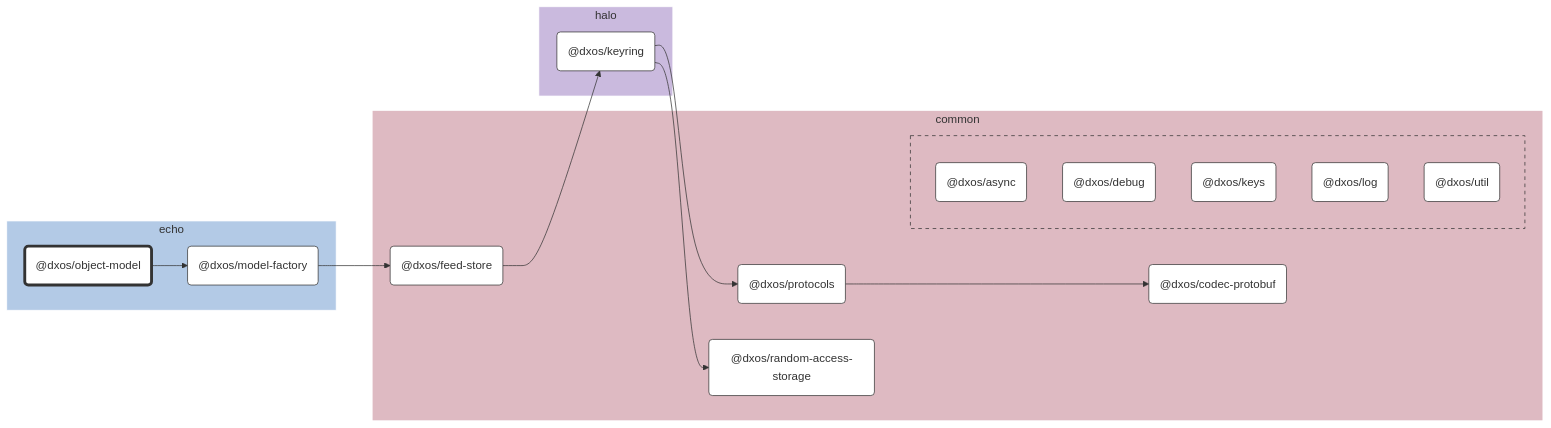
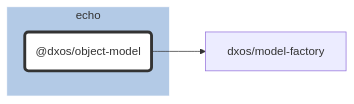
The diagram in packages/echo/object-model/docs/README.md (dxos/dxos), drawn with Mermaid before and after one commit. The commit also changed 87 other files, not shown here.

````diff
--- a/packages/echo/object-model/docs/README.md
+++ b/packages/echo/object-model/docs/README.md
@@ -7,79 +7,21 @@
 ```mermaid
 %%{ init: {'flowchart':{'curve':'basis'}} }%%
 
 flowchart LR
 
-%% Links
-dxos/feed-store --> dxos/keyring;
-dxos/keyring --> dxos/protocols;
-dxos/keyring --> dxos/random-access-storage;
-dxos/model-factory --> dxos/feed-store;
-dxos/object-model --> dxos/model-factory;
-dxos/protocols --> dxos/codec-protobuf;
+%% Classes
+classDef def fill:#fff,stroke:#333,stroke-width:1px
+classDef root fill:#fff,stroke:#333,stroke-width:4px
 
-%% Sections
-subgraph echo
-  style echo fill:#b3cae6,stroke:#fff;
+%% Nodes
 
-  dxos/model-factory("@dxos/model-factory")
-  dxos/object-model("@dxos/object-model")
+subgraph echo [echo]
+  style echo fill:#b3cae6,stroke:#fff
+  dxos/object-model("@dxos/object-model"):::root
+  click dxos/object-model "dxos/dxos/tree/main/packages/echo/object-model/docs"
 end
 
-subgraph common
-  style common fill:#debac2,stroke:#fff;
-
-  dxos/codec-protobuf("@dxos/codec-protobuf")
-  dxos/feed-store("@dxos/feed-store")
-  dxos/protocols("@dxos/protocols")
-  dxos/random-access-storage("@dxos/random-access-storage")
-
-  subgraph common-excluded [ ]
-    style common-excluded fill:#debac2,stroke:#333,stroke-dasharray:5 5;
-
-    dxos/async("@dxos/async")
-    dxos/debug("@dxos/debug")
-    dxos/keys("@dxos/keys")
-    dxos/log("@dxos/log")
-    dxos/util("@dxos/util")
-  end
-end
-
-subgraph halo
-  style halo fill:#cabade,stroke:#fff;
-
-  dxos/keyring("@dxos/keyring")
-end
-
-
-%% Hyperlinks
-click dxos/async "dxos/dxos/tree/main/packages/common/async/docs";
-click dxos/codec-protobuf "dxos/dxos/tree/main/packages/common/codec-protobuf/docs";
-click dxos/debug "dxos/dxos/tree/main/packages/common/debug/docs";
-click dxos/feed-store "dxos/dxos/tree/main/packages/common/feed-store/docs";
-click dxos/keyring "dxos/dxos/tree/main/packages/halo/keyring/docs";
-click dxos/keys "dxos/dxos/tree/main/packages/common/keys/docs";
-click dxos/log "dxos/dxos/tree/main/packages/common/log/docs";
-click dxos/model-factory "dxos/dxos/tree/main/packages/echo/model-factory/docs";
-click dxos/protocols "dxos/dxos/tree/main/packages/common/protocols/docs";
-click dxos/random-access-storage "dxos/dxos/tree/main/packages/common/random-access-storage/docs";
-click dxos/util "dxos/dxos/tree/main/packages/common/util/docs";
-
-%% Styles
-classDef rootNode fill:#fff,stroke:#333,stroke-width:4px
-classDef defaultNode fill:#fff,stroke:#333,stroke-width:1px
+%% Links
 linkStyle default stroke:#333,stroke-width:1px
-
-dxos/object-model:::rootNode
-
-dxos/async:::defaultNode
-dxos/codec-protobuf:::defaultNode
-dxos/debug:::defaultNode
-dxos/feed-store:::defaultNode
-dxos/keyring:::defaultNode
-dxos/keys:::defaultNode
-dxos/log:::defaultNode
-dxos/model-factory:::defaultNode
-dxos/protocols:::defaultNode
-dxos/random-access-storage:::defaultNode
-dxos/util:::defaultNode
+dxos/object-model --> dxos/model-factory
 ```
````
